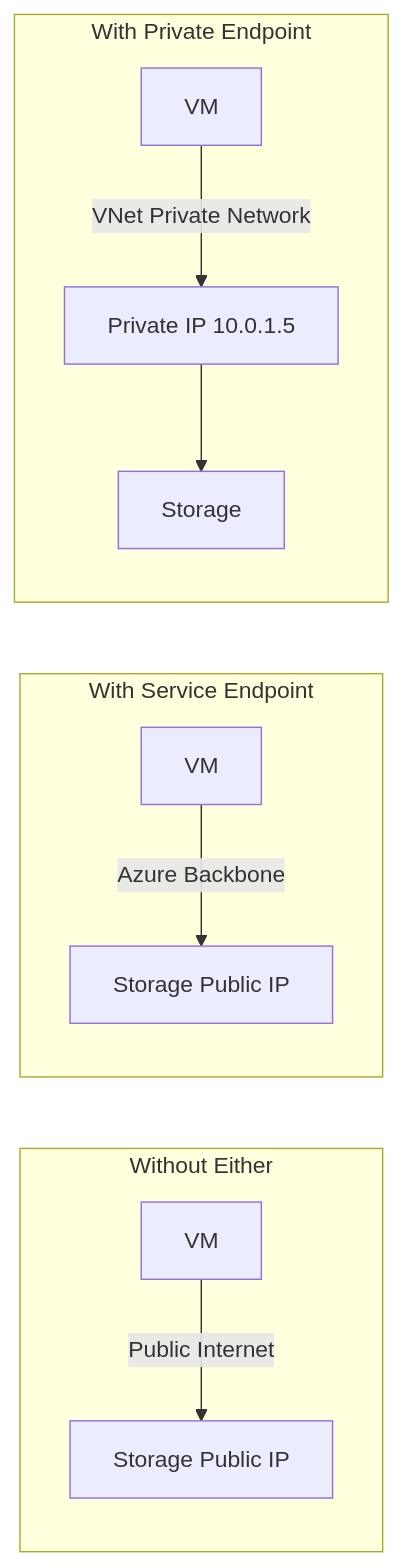
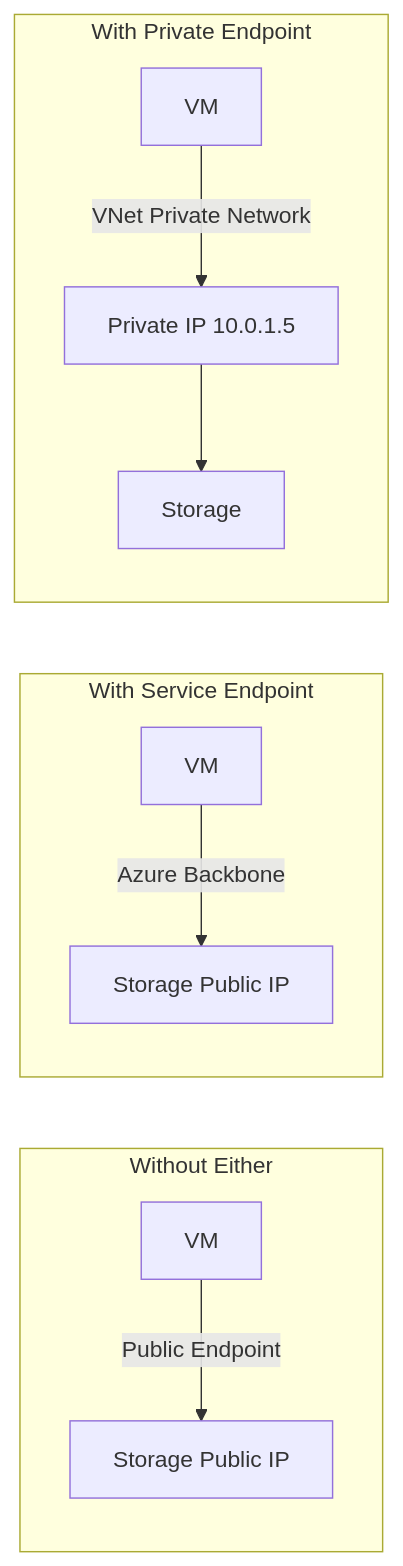
Before and after one commit to OneUptime/blog: the first of 2 diagrams in posts/2026-02-16-how-to-reduce-azure-data-transfer-costs-with-private-endpoints-and-service-endpoints/README.md, drawn with Mermaid. The commit also changed other lines of this file and 2 other files, not shown here.

````diff
--- a/posts/2026-02-16-how-to-reduce-azure-data-transfer-costs-with-private-endpoints-and-service-endpoints/README.md
+++ b/posts/2026-02-16-how-to-reduce-azure-data-transfer-costs-with-private-endpoints-and-service-endpoints/README.md
@@ -46,12 +46,12 @@
 ```mermaid
 graph LR
     subgraph "Without Either"
-        VM1[VM] -->|Public Internet| PaaS1[Storage Public IP]
+        VM1[VM] -->|Public Endpoint| PaaS1[Storage Public IP]
     end
     subgraph "With Service Endpoint"
         VM2[VM] -->|Azure Backbone| PaaS2[Storage Public IP]
     end
     subgraph "With Private Endpoint"
         VM3[VM] -->|VNet Private Network| PE[Private IP 10.0.1.5] --> PaaS3[Storage]
     end
 ```
````
